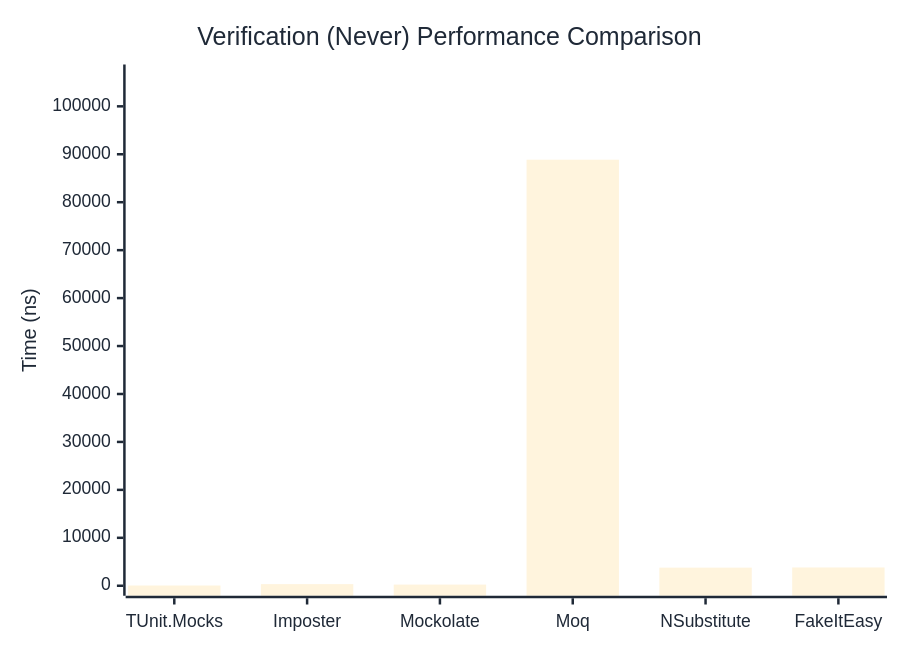
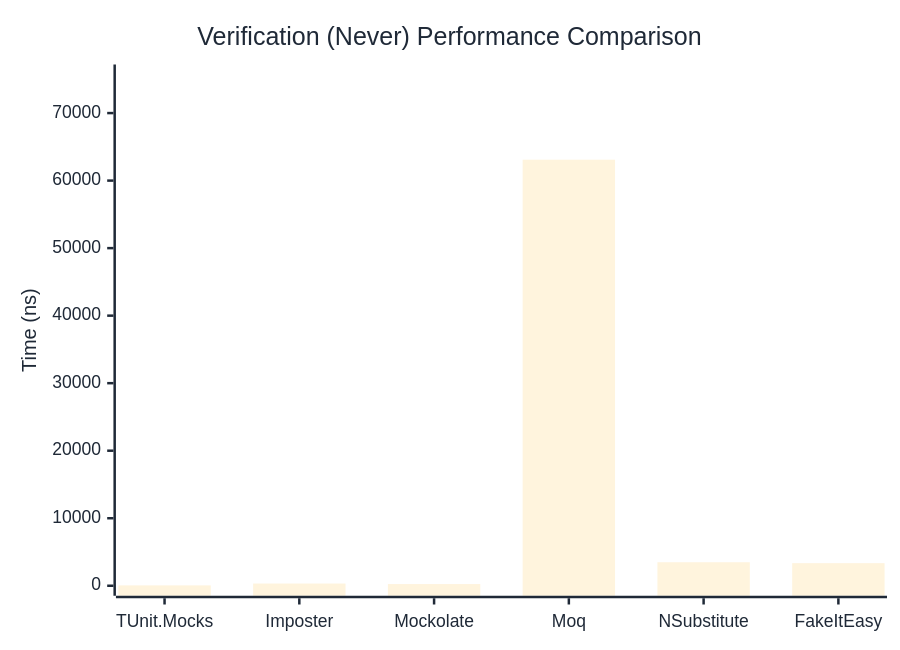
The second of 3 diagrams in docs/docs/benchmarks/mocks/Verification.md (thomhurst/TUnit), drawn with Mermaid before and after one commit. The commit also changed other lines of this file and 14 other files, not shown here.

````diff
--- a/docs/docs/benchmarks/mocks/Verification.md
+++ b/docs/docs/benchmarks/mocks/Verification.md
@@ -69,27 +69,27 @@
 ```mermaid
 %%{init: {
   'theme':'base',
   'themeVariables': {
     'primaryColor': '#2563eb',
     'primaryTextColor': '#1f2937',
     'primaryBorderColor': '#1e40af',
     'lineColor': '#6b7280',
     'secondaryColor': '#7c3aed',
     'tertiaryColor': '#dc2626',
     'background': '#ffffff',
     'pie1': '#2563eb',
     'pie2': '#7c3aed',
     'pie3': '#dc2626',
     'pie4': '#f59e0b',
     'pie5': '#10b981',
     'pie6': '#06b6d4',
     'pie7': '#ec4899',
     'pie8': '#6366f1'
   }
 }}%%
 xychart-beta
   title "Verification (Never) Performance Comparison"
   x-axis ["TUnit.Mocks", "Imposter", "Mockolate", "Moq", "NSubstitute", "FakeItEasy"]
-  y-axis "Time (ns)" 0 --> 106640
-  bar [49.22, 338.66, 242.96, 88866.1, 3773.47, 3811.1]
+  y-axis "Time (ns)" 0 --> 75713
+  bar [52.69, 330.54, 246.75, 63093.83, 3480.9, 3346.73]
 ```
````
